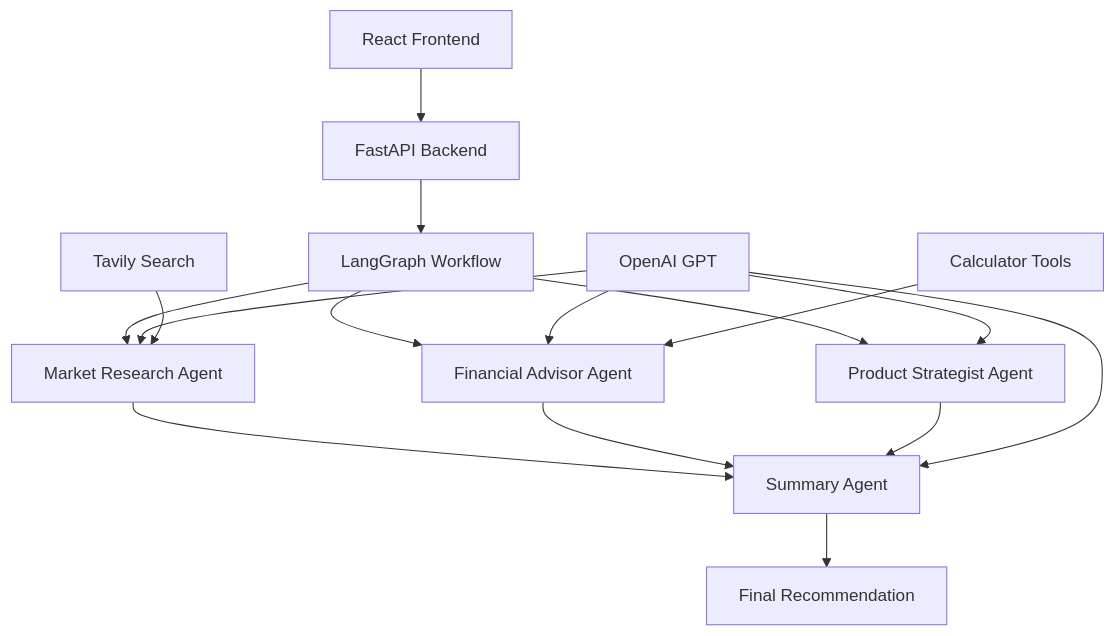
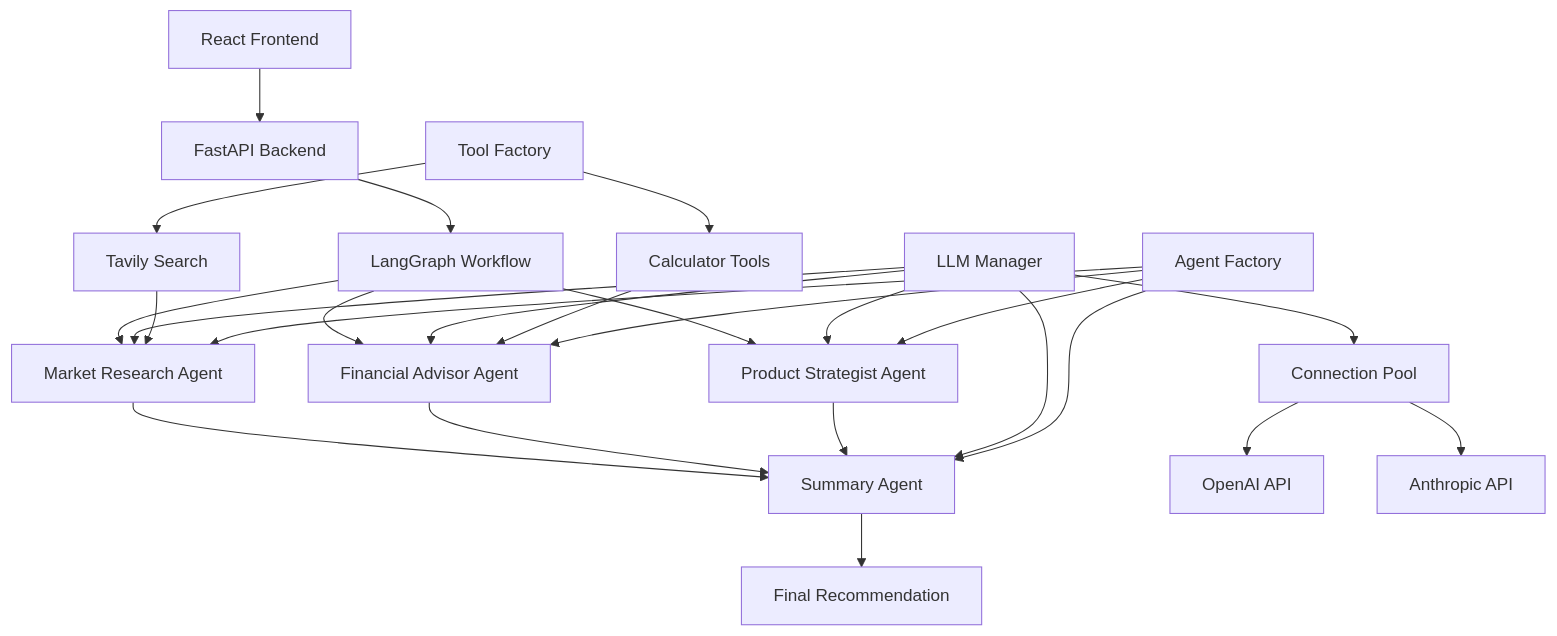
One commit to Dev-Nitya/multiagent-advisor-app changed the diagram in README.md. Above: the diagram before and after it, drawn with Mermaid. The commit also changed other lines of this file and 15 other files, not shown here.

````diff
--- a/README.md
+++ b/README.md
@@ -49,20 +52,31 @@
 ```mermaid
 graph TB
     A[React Frontend] --> B[FastAPI Backend]
     B --> C[LangGraph Workflow]
     C --> D[Market Research Agent]
     C --> E[Financial Advisor Agent]
     C --> F[Product Strategist Agent]
     D --> G[Summary Agent]
     E --> G
     F --> G
     G --> H[Final Recommendation]
 
-    I[OpenAI GPT] --> D
+    I[LLM Manager] --> D
     I --> E
     I --> F
     I --> G
 
-    J[Tavily Search] --> D
-    K[Calculator Tools] --> E
+    I --> J[Connection Pool]
+    J --> K[OpenAI API]
+    J --> L[Anthropic API]
+
+    M[Tool Factory] --> N[Tavily Search]
+    M --> O[Calculator Tools]
+    N --> D
+    O --> E
+
+    P[Agent Factory] --> D
+    P --> E
+    P --> F
+    P --> G
 ```
````
